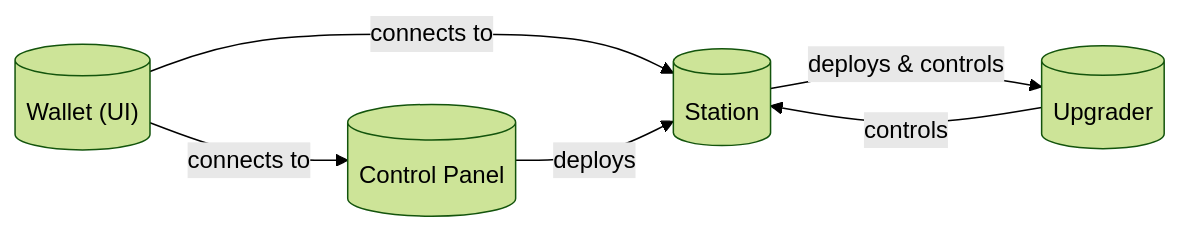
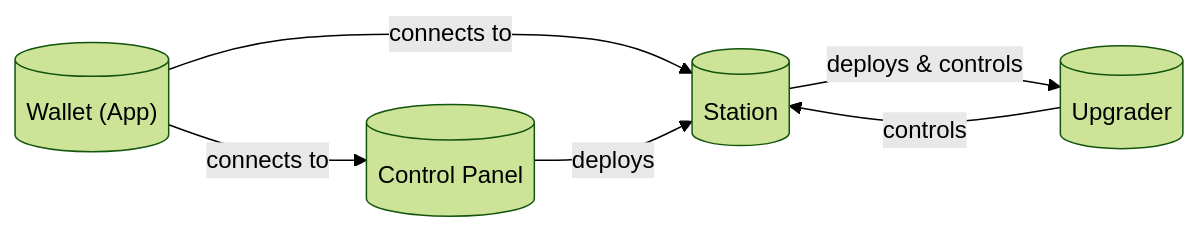
One commit to dfinity/orbit changed the diagram in GLOSSARY.md. Above: the diagram before and after it, drawn with Mermaid (forest theme). The commit also changed other lines of this file, not shown here.

Commit message:
update glossary

````diff
--- a/GLOSSARY.md
+++ b/GLOSSARY.md
@@ -38,9 +38,9 @@
 ```mermaid
 flowchart LR
-    wallet[("Wallet (UI)")] -- connects to --> Control_Panel;
+    wallet[("Wallet (App)")] -- connects to --> Control_Panel;
     wallet -- connects to --> Station;
 
     Control_Panel[(Control Panel)] -- deploys --> Station;
     Station[(Station)] -- deploys & controls --> Upgrader;
     Upgrader[(Upgrader)] -- controls --> Station;
 ```
````
